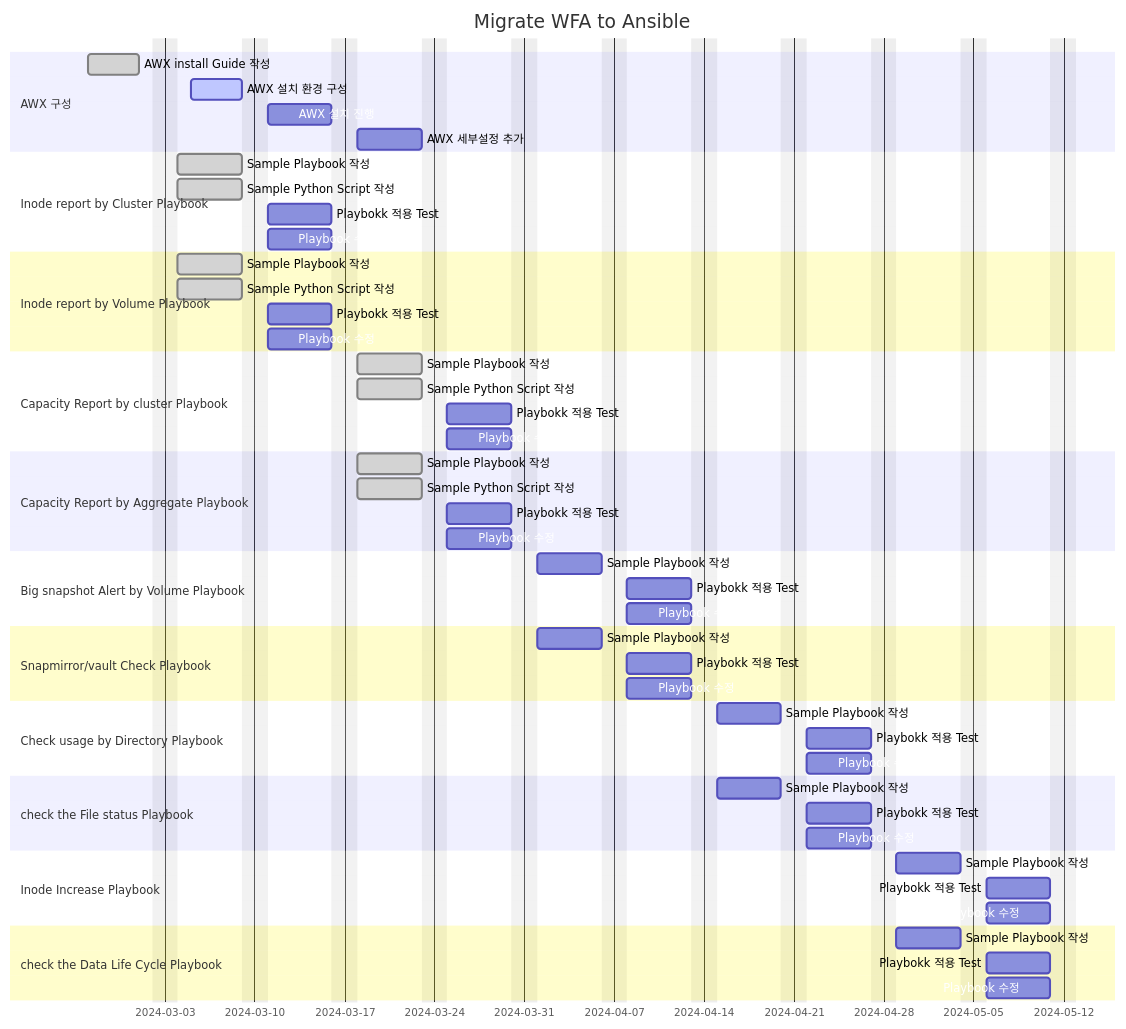
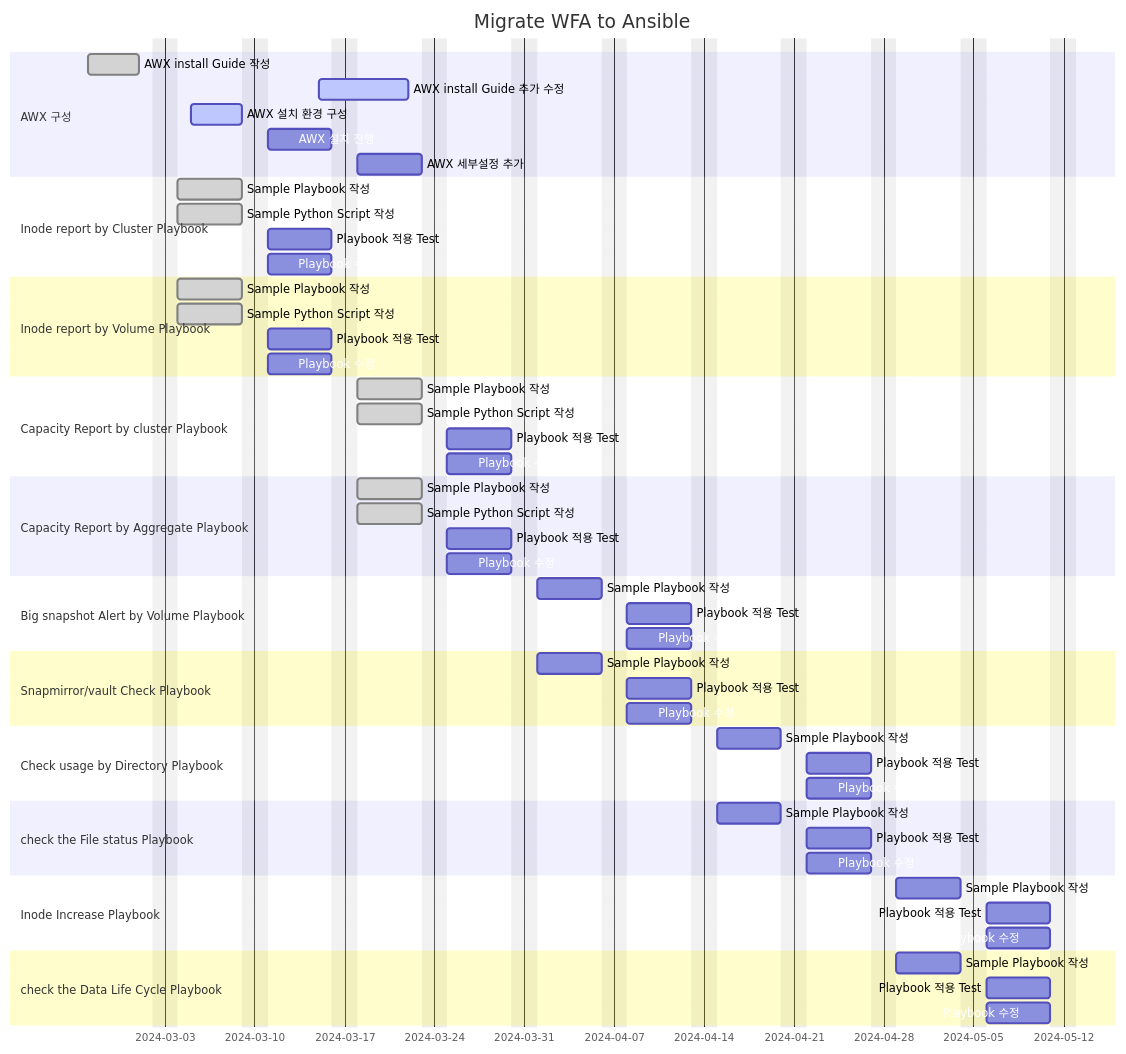
The diagram in SKHynics/Readme.md (netappkr/AnsiblePlaybook), drawn with Mermaid before and after one commit. The commit also changed other lines of this file, not shown here.

````diff
--- a/SKHynics/Readme.md
+++ b/SKHynics/Readme.md
@@ -56,66 +60,67 @@
 ```mermaid
 gantt
     title Migrate WFA to Ansible
     dateFormat  YYYY-MM-DD
     excludes    weekends
 
     section AWX 구성
     AWX install Guide 작성  : done, awx1, 2024-02-26, 4d
+    AWX install Guide 추가 수정  : active, awx1-1, 2024-03-15, 5d
     AWX 설치 환경 구성  : active, awx2, 2024-03-05, 4d
     AWX 설치 진행 : awx3, after awx2 , 5d
     AWX 세부설정 추가 : awx4, after awx3, 5d
 
     section Inode report by Cluster Playbook
     Sample Playbook 작성 : done,p1-1, 2024-03-04, 5d
     Sample Python Script 작성 : done,p1-2, 2024-03-04, 5d
-    Playbokk 적용 Test: p1-3, after p1-2,  5d
+    Playbook 적용 Test: p1-3, after p1-2,  5d
     Playbook 수정 : p1-4, after p1-2 , 5d
 
     section Inode report by Volume Playbook
     Sample Playbook 작성 : done, p2-1, 2024-03-04, 5d
     Sample Python Script 작성 : done, p2-2, 2024-03-04, 5d
-    Playbokk 적용 Test: p2-3, after p2-2,  5d
+    Playbook 적용 Test: p2-3, after p2-2,  5d
     Playbook 수정 : p2-4, after p2-2 , 5d
 
     section Capacity Report by cluster Playbook
     Sample Playbook 작성 : done, p3-1, 2024-03-18, 5d
     Sample Python Script 작성 : done, p3-2, 2024-03-18, 5d
-    Playbokk 적용 Test: p3-3, after p3-1,  5d
+    Playbook 적용 Test: p3-3, after p3-1,  5d
     Playbook 수정 : p3-4, after p3-1 , 5d
 
     section Capacity Report by Aggregate Playbook
     Sample Playbook 작성 : done, p4-1, 2024-03-18, 5d
     Sample Python Script 작성 : done, p4-2, 2024-03-18, 5d
-    Playbokk 적용 Test: p4-3, after p4-1,  5d
+    Playbook 적용 Test: p4-3, after p4-1,  5d
     Playbook 수정 : p4-3, after p4-1 , 5d
 
     section Big snapshot Alert by Volume Playbook
     Sample Playbook 작성 : p5-1, 2024-04-01, 5d
-    Playbokk 적용 Test: p5-2, after p5-1,  5d
+    Playbook 적용 Test: p5-2, after p5-1,  5d
     Playbook 수정 : p5-3, after p5-1 , 5d
 
     section Snapmirror/vault Check Playbook
     Sample Playbook 작성 : p6-1, 2024-04-01, 5d
-    Playbokk 적용 Test: p6-2, after p6-1,  5d
+    Playbook 적용 Test: p6-2, after p6-1,  5d
     Playbook 수정 : p6-3, after p6-1 , 5d
 
     section Check usage by Directory Playbook
     Sample Playbook 작성 : p7-1, 2024-04-15, 5d
-    Playbokk 적용 Test: p7-2, after p7-1,  5d
+    Playbook 적용 Test: p7-2, after p7-1,  5d
     Playbook 수정 : p7-3, after p7-1 , 5d
 
     section check the File status Playbook
     Sample Playbook 작성 : p8-1, 2024-04-15, 5d
-    Playbokk 적용 Test: p8-2, after p8-1,  5d
+    Playbook 적용 Test: p8-2, after p8-1,  5d
     Playbook 수정 : p8-3, after p8-1 , 5d
 
     section Inode Increase Playbook
     Sample Playbook 작성 : p9-1, 2024-04-29, 5d
-    Playbokk 적용 Test: p9-2, after p9-1,  5d
+    Playbook 적용 Test: p9-2, after p9-1,  5d
     Playbook 수정 : p9-3, after p9-1 , 5d
 
     section check the Data Life Cycle Playbook
     Sample Playbook 작성 : p10-1, 2024-04-29, 5d
-    Playbokk 적용 Test: p10-2, after p10-1,  5d
+    Playbook 적용 Test: p10-2, after p10-1,  5d
     Playbook 수정 : p10-3, after p10-1 , 5d
 ```
````
